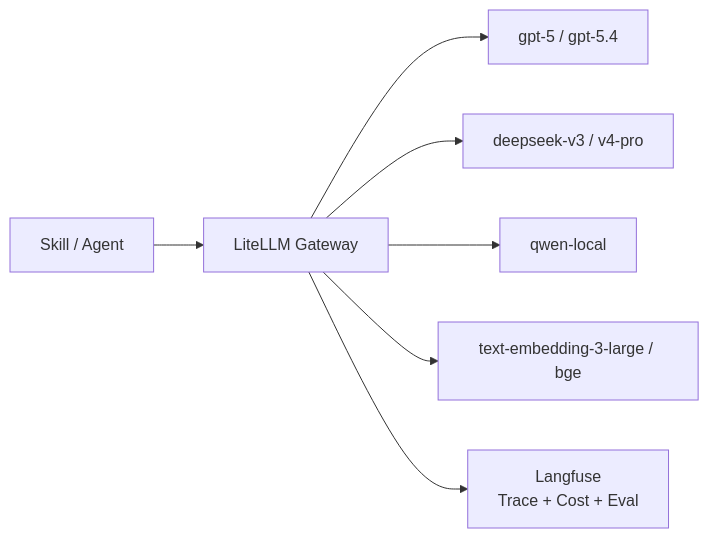
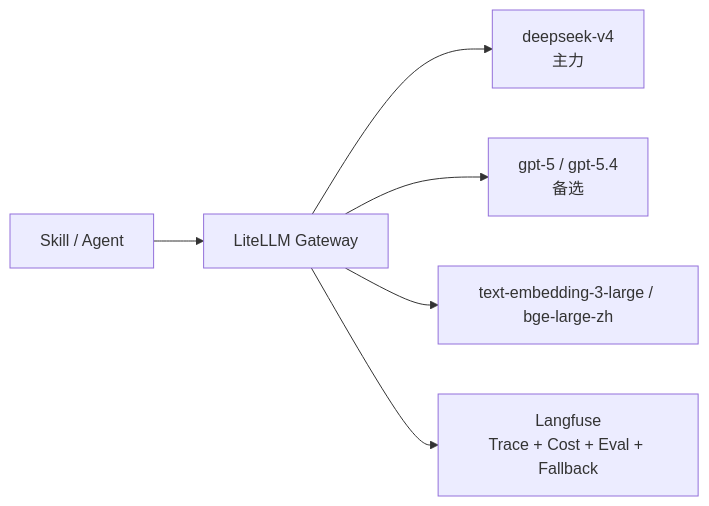
One commit to gavenlv/idm changed the ninth of 11 diagrams in docs/design/architecture.md. Above: the diagram before and after it, drawn with Mermaid. The commit also changed other lines of this file and 140 other files, not shown here.

````diff
--- a/docs/design/architecture.md
+++ b/docs/design/architecture.md
@@ -309,9 +450,8 @@
 ```mermaid
 flowchart LR
     A[Skill / Agent] --> B[LiteLLM Gateway]
-    B --> C1[gpt-5 / gpt-5.4]
-    B --> C2[deepseek-v3 / v4-pro]
-    B --> C3[qwen-local]
-    B --> C4[text-embedding-3-large / bge]
-    B --> D[Langfuse<br/>Trace + Cost + Eval]
+    B --> C1[deepseek-v4<br/>主力]
+    B --> C2[gpt-5 / gpt-5.4<br/>备选]
+    B --> C3[text-embedding-3-large / bge-large-zh]
+    B --> D[Langfuse<br/>Trace + Cost + Eval + Fallback]
 ```
````
